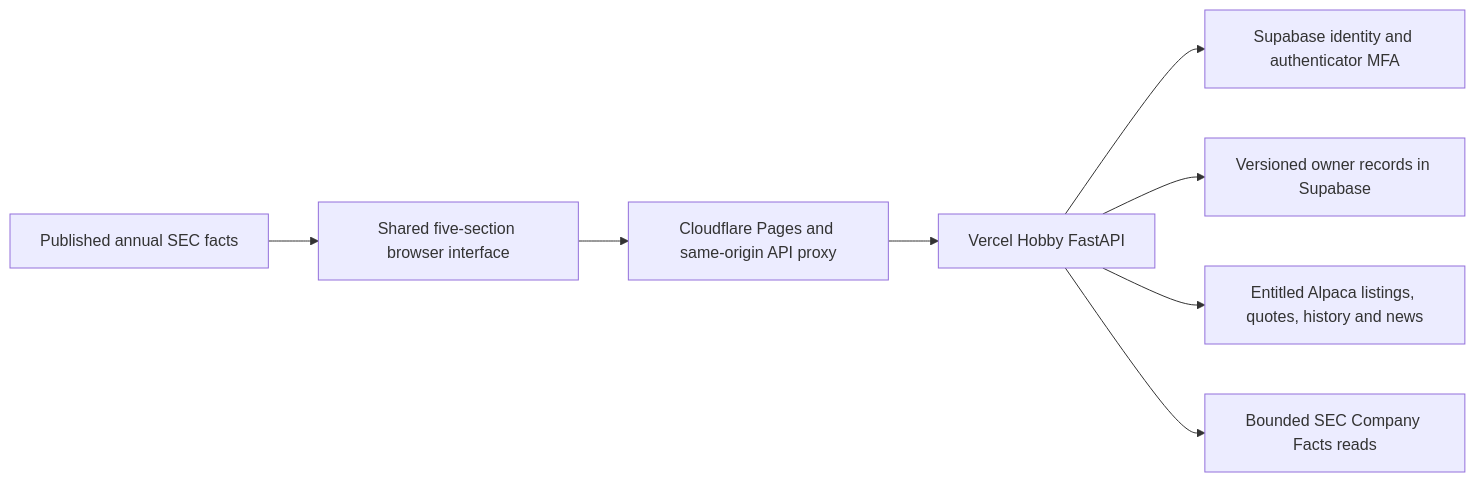
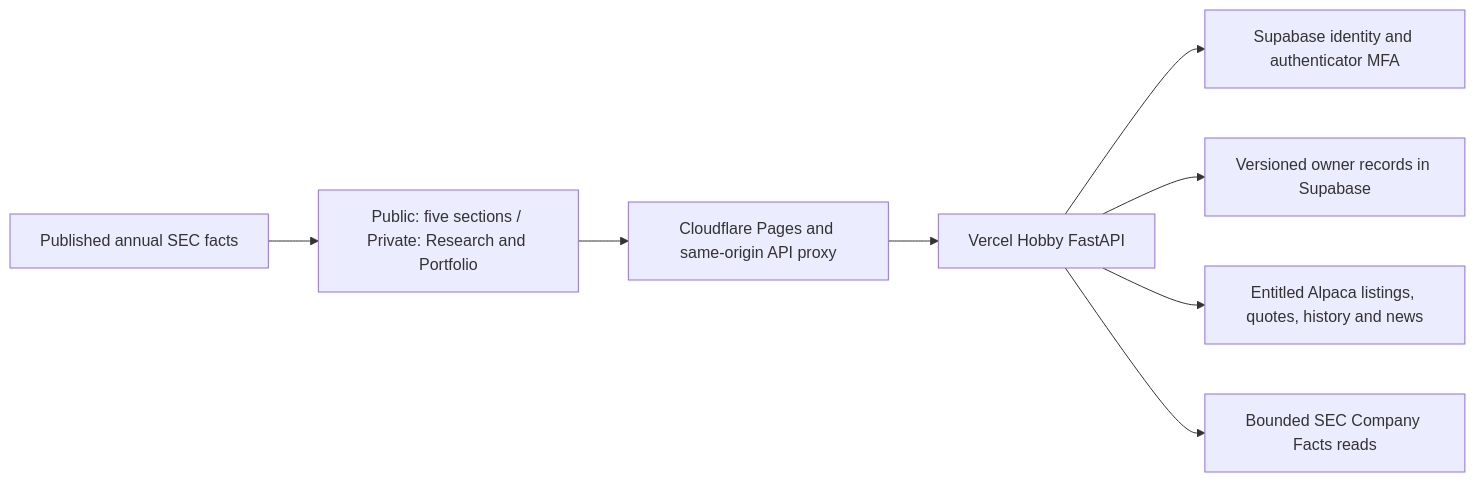
Before and after one commit to RishiRatnakarData/quantforge-hosted: the diagram in docs/current/ARCHITECTURE.md, drawn with Mermaid. The commit also changed other lines of this file and 28 other files, not shown here.

First line of the commit message:
Finalize QuantForge Research and Portfolio workspace

````diff
--- a/docs/current/ARCHITECTURE.md
+++ b/docs/current/ARCHITECTURE.md
@@ -5,10 +5,10 @@
 ```mermaid
 flowchart LR
-  Browser[Shared five-section browser interface] --> Pages[Cloudflare Pages and same-origin API proxy]
+  Browser[Public: five sections / Private: Research and Portfolio] --> Pages[Cloudflare Pages and same-origin API proxy]
   SEC[Published annual SEC facts] --> Browser
   Pages --> API[Vercel Hobby FastAPI]
   API --> Auth[Supabase identity and authenticator MFA]
   API --> State[Versioned owner records in Supabase]
   API --> Alpaca[Entitled Alpaca listings, quotes, history and news]
   API --> EDGAR[Bounded SEC Company Facts reads]
 ```
````
